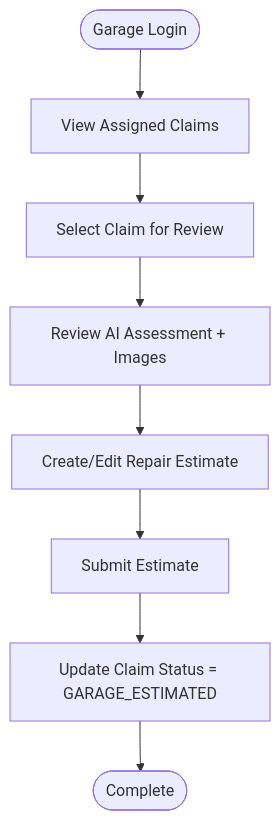
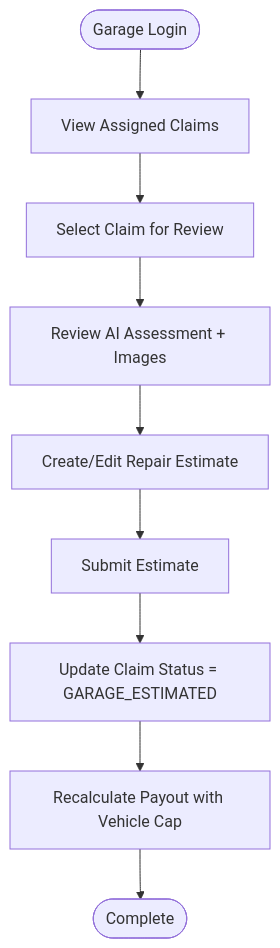
The sixth of 13 diagrams in .qoder/repowiki/en/content/Business Logic Layer/Claims Processing Workflow.md (NaveenHiranya/Smart-Vehicle-Insurance-Claim-System), drawn with Mermaid before and after one commit. The commit also changed other lines of this file and 38 other files, not shown here.

````diff
--- a/.qoder/repowiki/en/content/Business Logic Layer/Claims Processing Workflow.md
+++ b/.qoder/repowiki/en/content/Business Logic Layer/Claims Processing Workflow.md
@@ -251,10 +301,11 @@
 ```mermaid
 flowchart TD
 Start(["Garage Login"]) --> ViewClaims["View Assigned Claims"]
 ViewClaims --> SelectClaim["Select Claim for Review"]
 SelectClaim --> Assess["Review AI Assessment + Images"]
 Assess --> CreateEstimate["Create/Edit Repair Estimate"]
 CreateEstimate --> SubmitEstimate["Submit Estimate"]
 SubmitEstimate --> UpdateStatus["Update Claim Status = GARAGE_ESTIMATED"]
-UpdateStatus --> End(["Complete"])
+UpdateStatus --> RecalculatePayout["Recalculate Payout with Vehicle Cap"]
+RecalculatePayout --> End(["Complete"])
 ```
````
